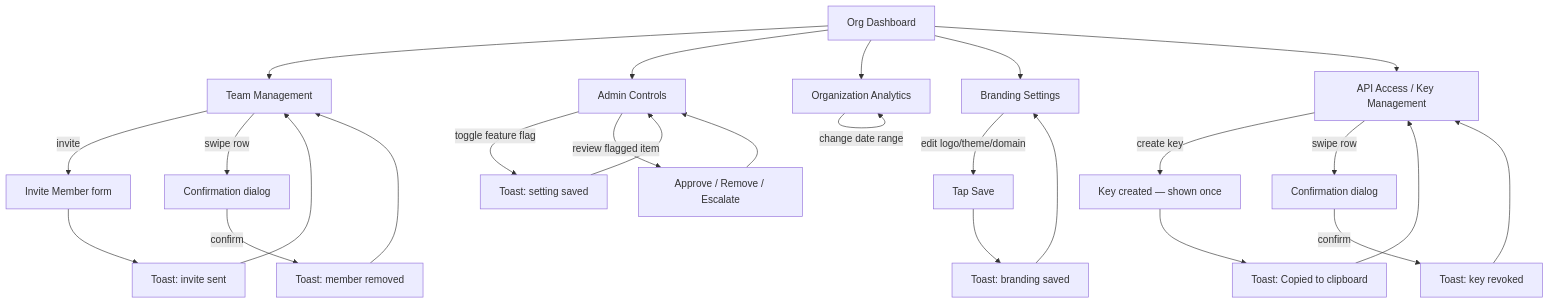
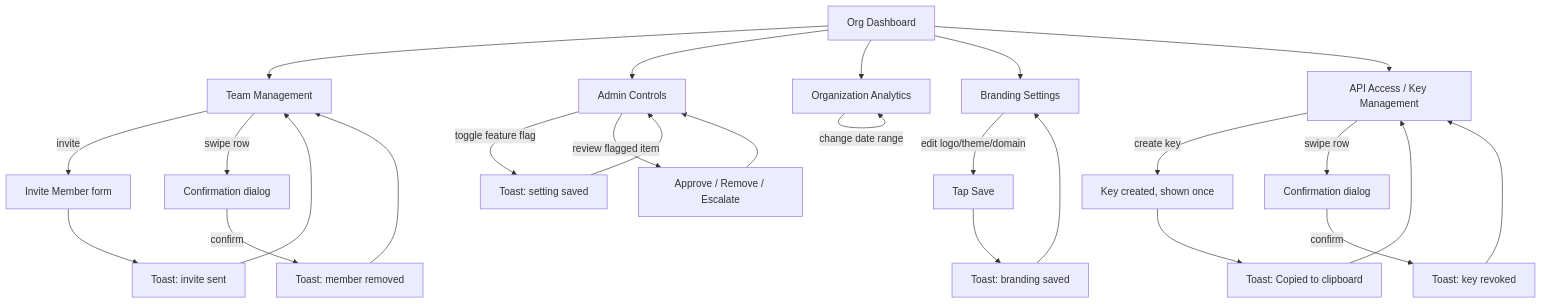
Before and after one commit to NK2552003/TradeX: diagram 14 of 14 in docs_/03-design/SCREENS_AND_FLOWS.md, drawn with Mermaid. The commit also changed other lines of this file and 365 other files, not shown here.

````diff
--- a/docs_/03-design/SCREENS_AND_FLOWS.md
+++ b/docs_/03-design/SCREENS_AND_FLOWS.md
@@ -427,16 +426,16 @@
 ```mermaid
 flowchart TD
     A[Org Dashboard] --> B[Team Management]
     A --> C[Admin Controls]
     A --> D[Organization Analytics]
     A --> E[Branding Settings]
     A --> F[API Access / Key Management]
     B -->|invite| G[Invite Member form] --> Toast1[Toast: invite sent] --> B
     B -->|swipe row| Remove[Confirmation dialog] -->|confirm| Toast2[Toast: member removed] --> B
     C -->|toggle feature flag| Toast3[Toast: setting saved] --> C
     C -->|review flagged item| Review[Approve / Remove / Escalate] --> C
     D -->|change date range| D
     E -->|edit logo/theme/domain| Save[Tap Save] --> Toast4[Toast: branding saved] --> E
-    F -->|create key| H[Key created — shown once] --> Toast5[Toast: Copied to clipboard] --> F
+    F -->|create key| H[Key created, shown once] --> Toast5[Toast: Copied to clipboard] --> F
     F -->|swipe row| Revoke[Confirmation dialog] -->|confirm| Toast6[Toast: key revoked] --> F
 ```
````
